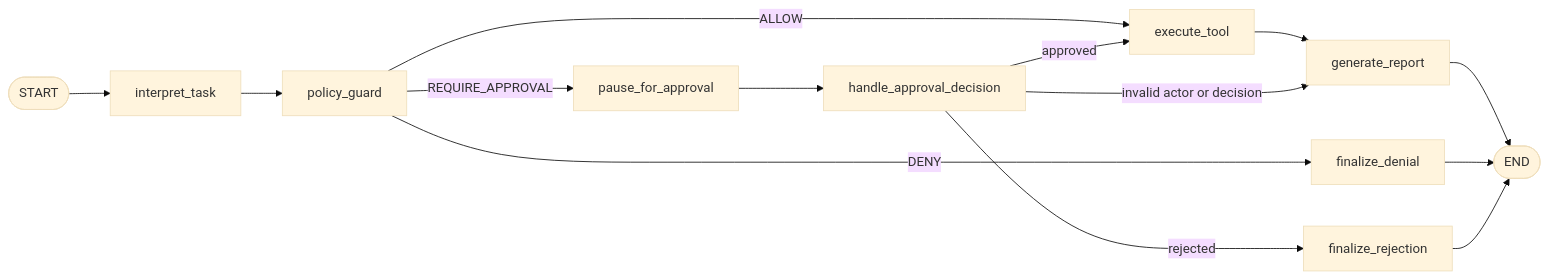
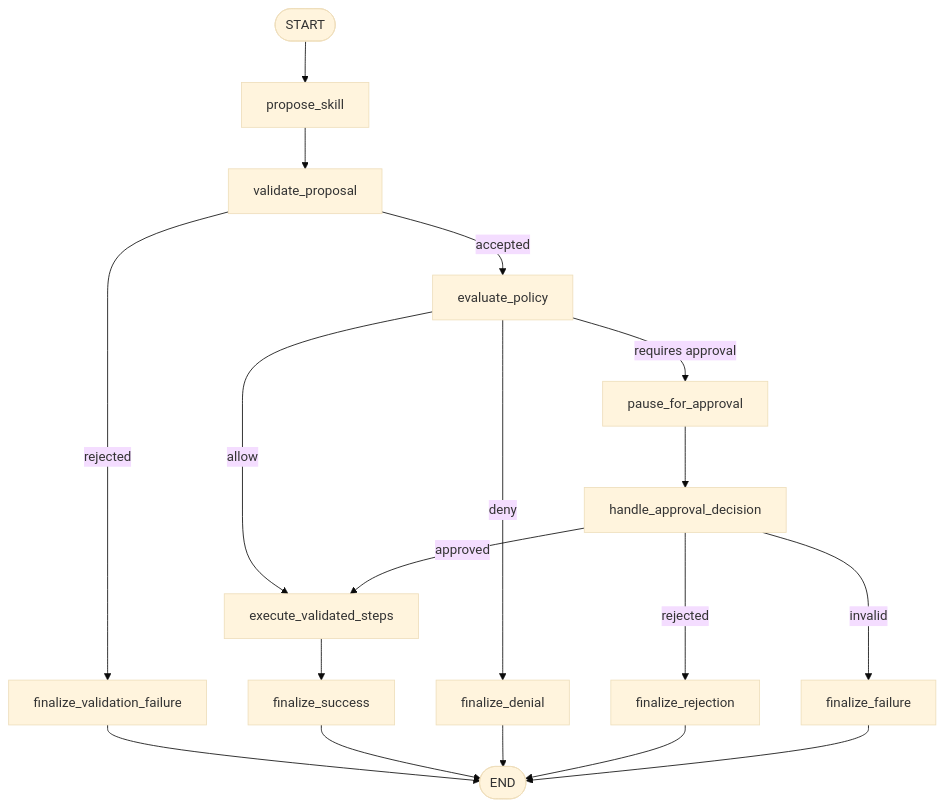
Before and after one commit to Harry5174/learn-agentic-ai: the diagram in 03-agent-factory/xx-projects/llm-proposed-skill-runner/docs/architecture.md, drawn with Mermaid (base theme). The commit also changed other lines of this file and 22 other files, not shown here.

````diff
--- a/03-agent-factory/xx-projects/llm-proposed-skill-runner/docs/architecture.md
+++ b/03-agent-factory/xx-projects/llm-proposed-skill-runner/docs/architecture.md
@@ -58,21 +62,26 @@
 ```mermaid
-flowchart LR
+flowchart TD
     Start([START])
-    Interpret["interpret_task"]
-    Policy["policy_guard"]
-    Execute["execute_tool"]
-    Deny["finalize_denial"]
+    Propose["propose_skill"]
+    Validate["validate_proposal"]
+    Policy["evaluate_policy"]
+    Execute["execute_validated_steps"]
     Pause["pause_for_approval"]
     Decision["handle_approval_decision"]
+    ValidationFail["finalize_validation_failure"]
+    Deny["finalize_denial"]
     Reject["finalize_rejection"]
-    Report["generate_report"]
+    Fail["finalize_failure"]
+    Success["finalize_success"]
     End([END])
 
-    Start --> Interpret --> Policy
-    Policy -->|ALLOW| Execute --> Report --> End
-    Policy -->|DENY| Deny --> End
-    Policy -->|REQUIRE_APPROVAL| Pause --> Decision
+    Start --> Propose --> Validate
+    Validate -->|accepted| Policy
+    Validate -->|rejected| ValidationFail --> End
+    Policy -->|allow| Execute --> Success --> End
+    Policy -->|deny| Deny --> End
+    Policy -->|requires approval| Pause --> Decision
     Decision -->|approved| Execute
     Decision -->|rejected| Reject --> End
-    Decision -->|invalid actor or decision| Report
+    Decision -->|invalid| Fail --> End
 ```
````
